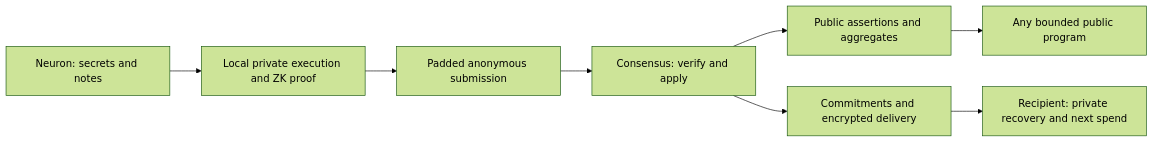
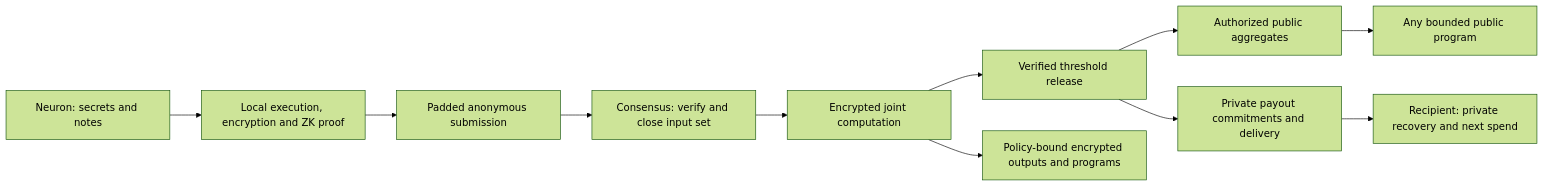
Before and after one commit to cyberia-to/soft3: the diagram in proposals/privacy.md, drawn with Mermaid (forest theme). The commit also changed other lines of this file and 3 other files, not shown here.

Commit message:
docs: require encrypted collective computation before privacy freeze

````diff
--- a/proposals/privacy.md
+++ b/proposals/privacy.md
@@ -41,10 +49,13 @@
 ```mermaid
 flowchart LR
-    A[Neuron: secrets and notes] --> B[Local private execution and ZK proof]
+    A[Neuron: secrets and notes] --> B[Local execution, encryption and ZK proof]
     B --> C[Padded anonymous submission]
-    C --> D[Consensus: verify and apply]
-    D --> E[Public assertions and aggregates]
-    D --> F[Commitments and encrypted delivery]
+    C --> D[Consensus: verify and close input set]
+    D --> J[Encrypted joint computation]
+    J --> K[Verified threshold release]
+    K --> E[Authorized public aggregates]
+    K --> F[Private payout commitments and delivery]
     E --> G[Any bounded public program]
+    J --> L[Policy-bound encrypted outputs and programs]
     F --> H[Recipient: private recovery and next spend]
 ```
````
